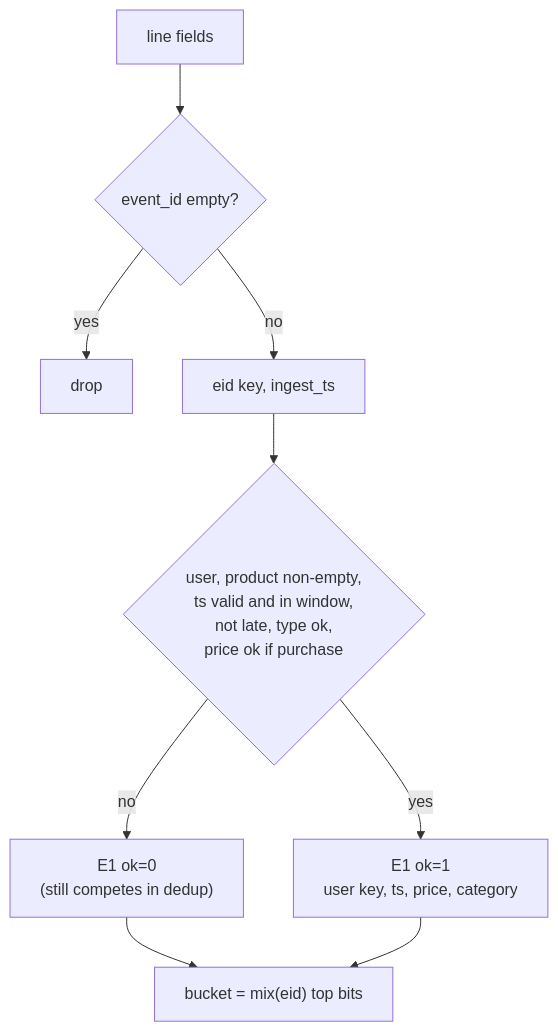
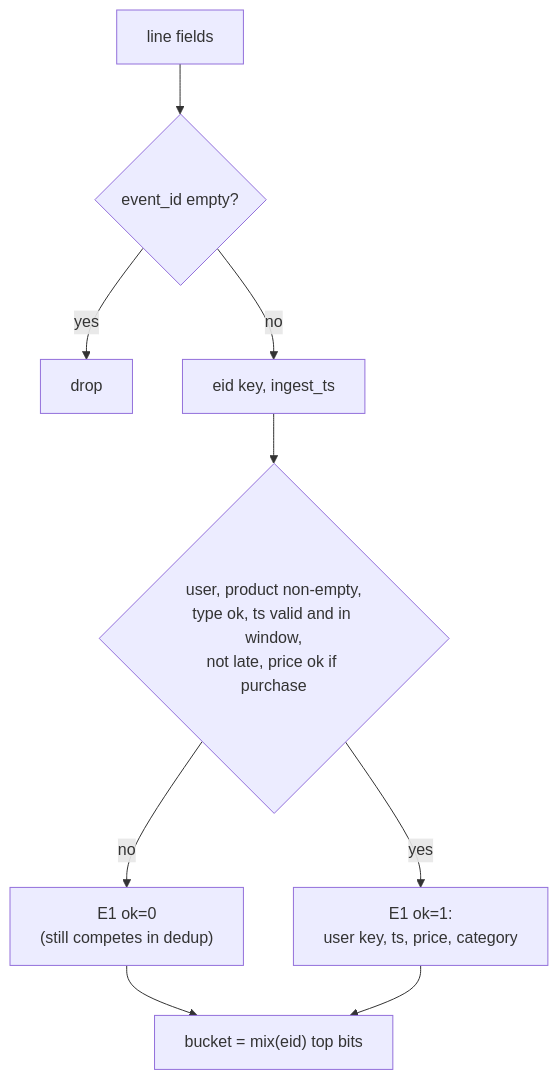
The sixth of 8 diagrams in docs/ARCHITECTURE.md (Kavan04/Databricks_Shopping), drawn with Mermaid before and after one commit. The commit also changed other lines of this file and 9 other files, not shown here.

````diff
--- a/docs/ARCHITECTURE.md
+++ b/docs/ARCHITECTURE.md
@@ -124,11 +120,11 @@
 ```mermaid
 flowchart TD
     L["line fields"] --> I{"event_id empty?"}
     I -->|yes| X[drop]
     I -->|no| K["eid key, ingest_ts"]
-    K --> V{"user, product non-empty,<br/>ts valid and in window,<br/>not late, type ok,<br/>price ok if purchase"}
+    K --> V{"user, product non-empty,<br/>type ok, ts valid and in window,<br/>not late, price ok if purchase"}
     V -->|no| BAD["E1 ok=0<br/>(still competes in dedup)"]
-    V -->|yes| GOOD["E1 ok=1<br/>user key, ts, price, category"]
+    V -->|yes| GOOD["E1 ok=1:<br/>user key, ts, price, category"]
     BAD --> BK["bucket = mix(eid) top bits"]
     GOOD --> BK
 ```
````
